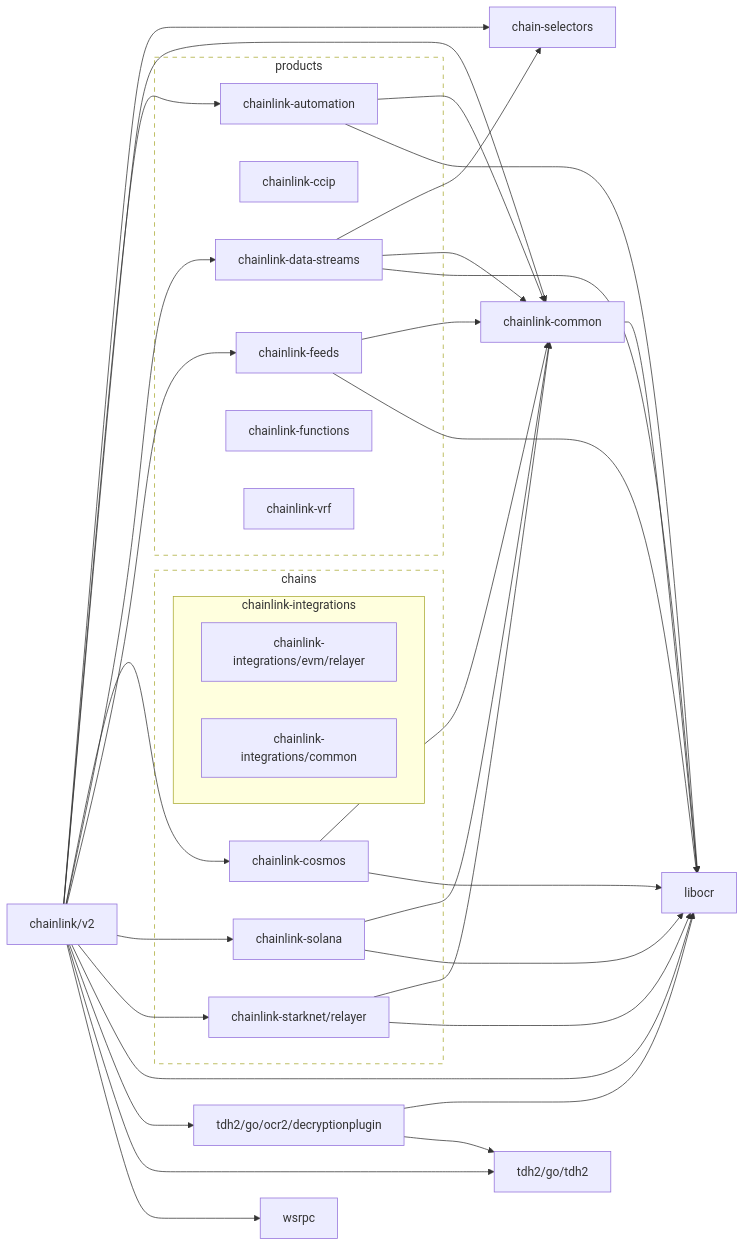
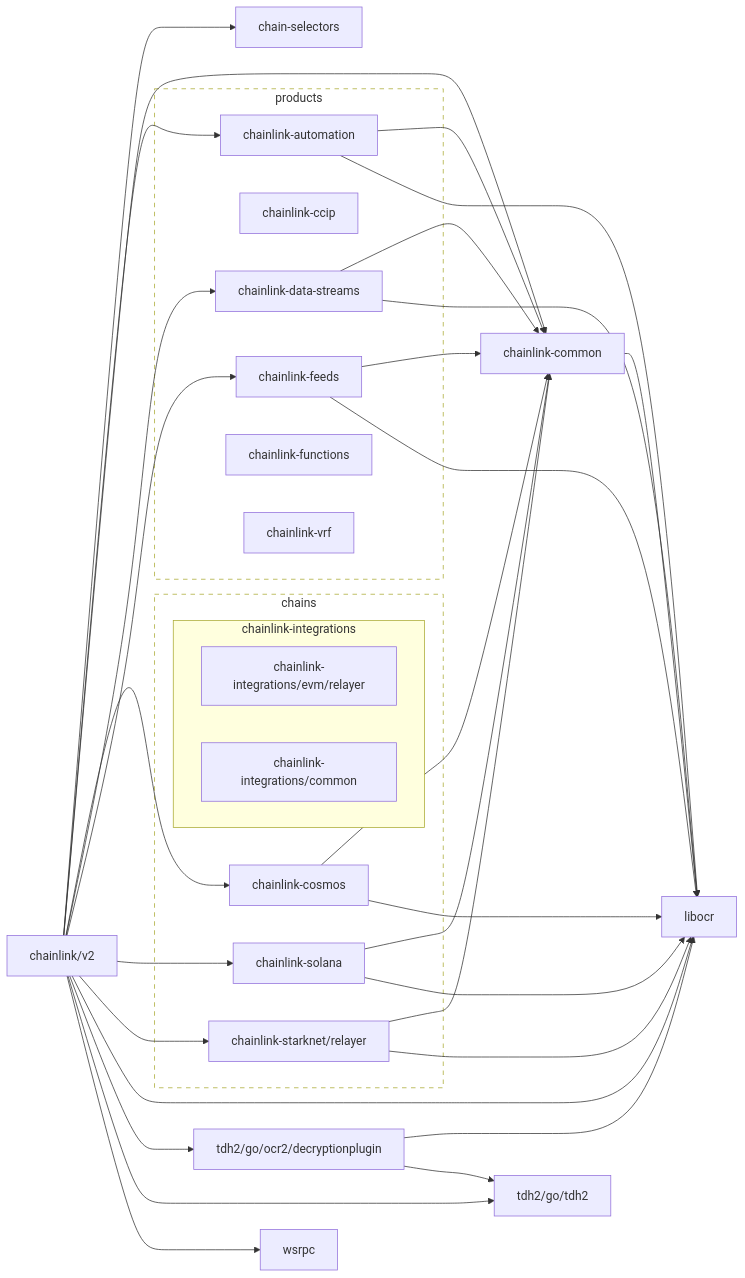
The diagram in go.md (smartcontractkit/chainlink), drawn with Mermaid before and after one commit.

````diff
--- a/go.md
+++ b/go.md
@@ -2,66 +2,65 @@
 ```mermaid
 flowchart LR
   subgraph chains
     chainlink-cosmos
     chainlink-solana
     chainlink-starknet/relayer
     subgraph chainlink-integrations
       direction LR
       chainlink-integrations/evm/relayer
       chainlink-integrations/common
     end
   end
 
   subgraph products
     chainlink-automation
     chainlink-ccip
     chainlink-data-streams
     chainlink-feeds
     chainlink-functions
     chainlink-vrf
   end
 
   classDef outline stroke-dasharray:6,fill:none;
   class chains,products outline
 
   chainlink/v2 --> chain-selectors
   click chain-selectors href "https://github.com/smartcontractkit/chain-selectors"
   chainlink/v2 --> chainlink-automation
   click chainlink-automation href "https://github.com/smartcontractkit/chainlink-automation"
   chainlink/v2 --> chainlink-common
   click chainlink-common href "https://github.com/smartcontractkit/chainlink-common"
   chainlink/v2 --> chainlink-cosmos
   click chainlink-cosmos href "https://github.com/smartcontractkit/chainlink-cosmos"
   chainlink/v2 --> chainlink-data-streams
   click chainlink-data-streams href "https://github.com/smartcontractkit/chainlink-data-streams"
   chainlink/v2 --> chainlink-feeds
   click chainlink-feeds href "https://github.com/smartcontractkit/chainlink-feeds"
   chainlink/v2 --> chainlink-solana
   click chainlink-solana href "https://github.com/smartcontractkit/chainlink-solana"
   chainlink/v2 --> chainlink-starknet/relayer
   click chainlink-starknet/relayer href "https://github.com/smartcontractkit/chainlink-starknet"
   chainlink/v2 --> libocr
   click libocr href "https://github.com/smartcontractkit/libocr"
   chainlink/v2 --> tdh2/go/ocr2/decryptionplugin
   click tdh2/go/ocr2/decryptionplugin href "https://github.com/smartcontractkit/tdh2"
   chainlink/v2 --> tdh2/go/tdh2
   click tdh2/go/tdh2 href "https://github.com/smartcontractkit/tdh2"
   chainlink/v2 --> wsrpc
   click wsrpc href "https://github.com/smartcontractkit/wsrpc"
   chainlink-automation --> chainlink-common
   chainlink-automation --> libocr
   chainlink-common --> libocr
   chainlink-cosmos --> chainlink-common
   chainlink-cosmos --> libocr
-  chainlink-data-streams --> chain-selectors
   chainlink-data-streams --> chainlink-common
   chainlink-data-streams --> libocr
   chainlink-feeds --> chainlink-common
   chainlink-feeds --> libocr
   chainlink-solana --> chainlink-common
   chainlink-solana --> libocr
   chainlink-starknet/relayer --> chainlink-common
   chainlink-starknet/relayer --> libocr
   tdh2/go/ocr2/decryptionplugin --> libocr
   tdh2/go/ocr2/decryptionplugin --> tdh2/go/tdh2
 ```
````
